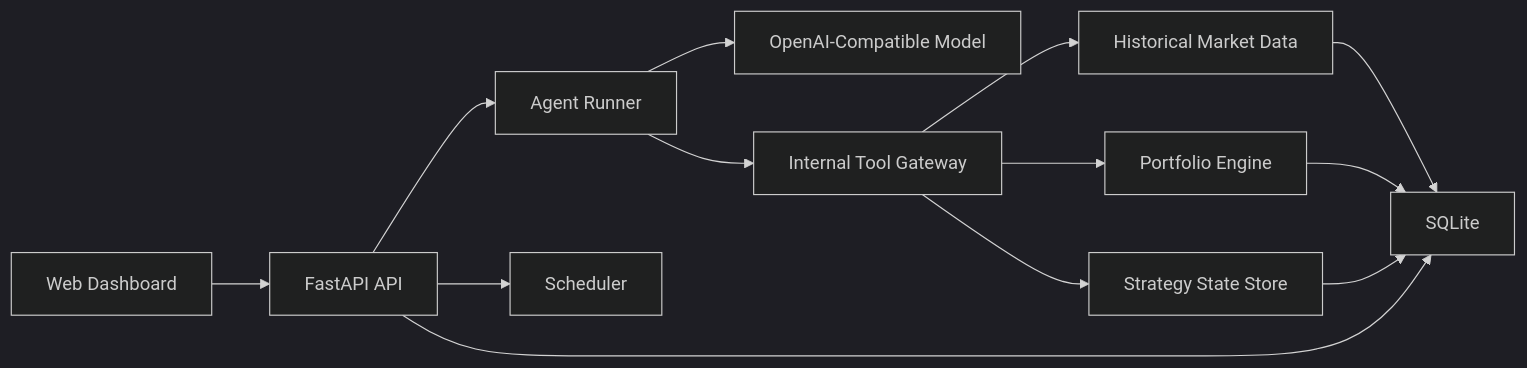
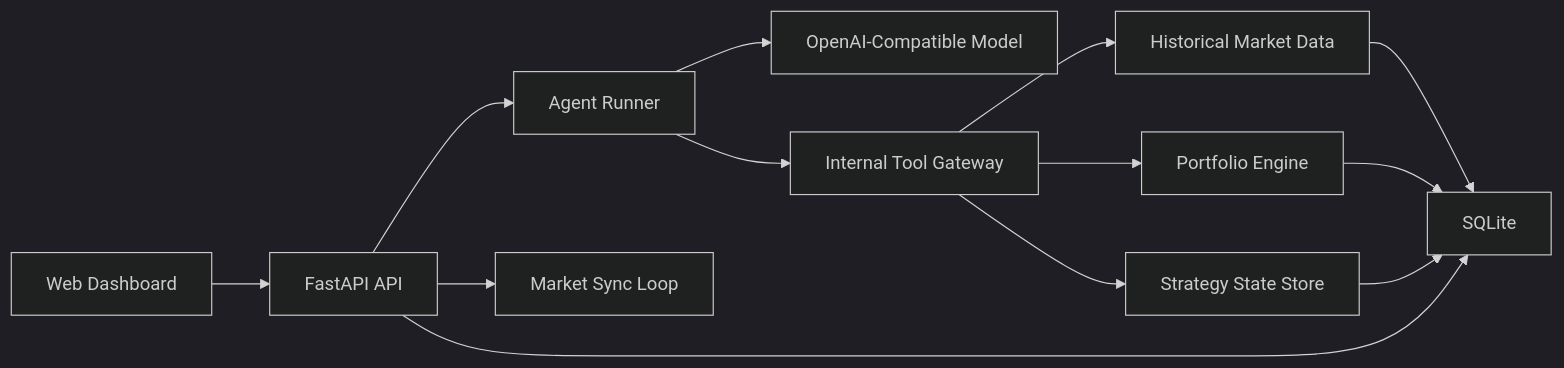
One commit to tangfuhao/tradeSkillsPlatform changed the first of 2 diagrams in docs/tradeskills-architecture-tech.zh-CN.md. Above: the diagram before and after it, drawn with Mermaid (dark theme). The commit also changed other lines of this file and 24 other files, not shown here.

````diff
--- a/docs/tradeskills-architecture-tech.zh-CN.md
+++ b/docs/tradeskills-architecture-tech.zh-CN.md
@@ -27,15 +27,15 @@
 ```mermaid
 flowchart LR
     WEB["Web Dashboard"] --> API["FastAPI API"]
     API --> RUNNER["Agent Runner"]
     RUNNER --> MODEL["OpenAI-Compatible Model"]
     RUNNER --> GATEWAY["Internal Tool Gateway"]
     GATEWAY --> DATA["Historical Market Data"]
     GATEWAY --> PORT["Portfolio Engine"]
     GATEWAY --> STATE["Strategy State Store"]
-    API --> SCHED["Scheduler"]
+    API --> SYNC["Market Sync Loop"]
     API --> DB["SQLite"]
     PORT --> DB
     STATE --> DB
     DATA --> DB
 ```
````
